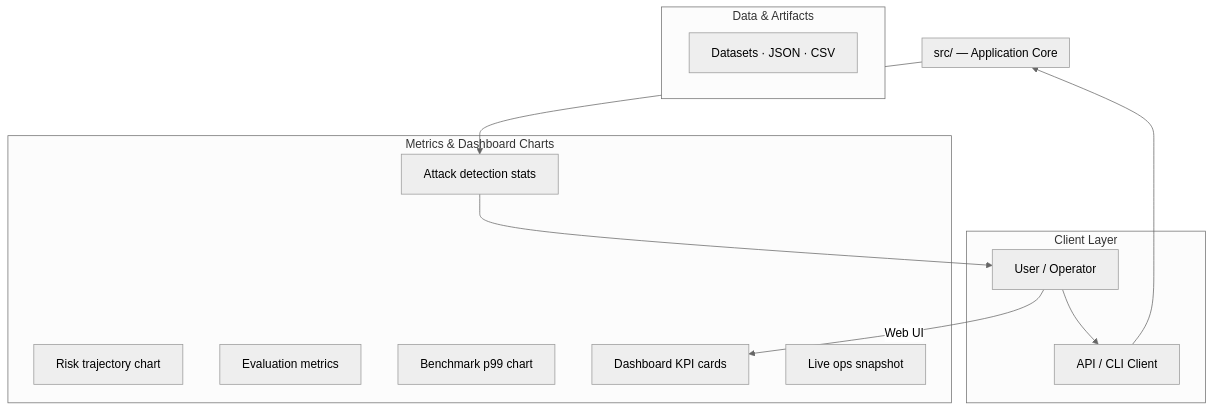
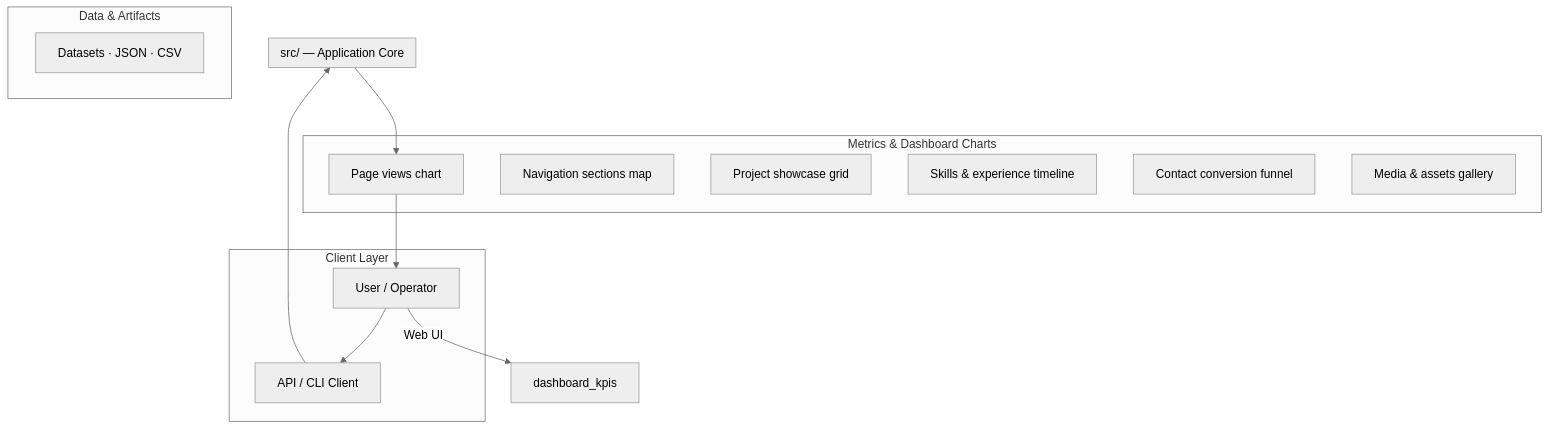
One commit to Punyamittal/porto changed the first of 4 diagrams in README.md. Above: the diagram before and after it, drawn with Mermaid (neutral theme). The commit also changed other lines of this file, not shown here.

````diff
--- a/README.md
+++ b/README.md
@@ -108,29 +137,29 @@
 ```mermaid
 graph TB
     subgraph Client["Client Layer"]
         user["User / Operator"]
         api_client["API / CLI Client"]
     end
 
     subgraph Core["src/ — Application Core"]
     end
 
     subgraph Data["Data & Artifacts"]
         datasets["Datasets · JSON · CSV"]
     end
 
     subgraph Charts["Metrics & Dashboard Charts"]
-        attack_stats["Attack detection stats"]
-        risk_trajectory["Risk trajectory chart"]
-        eval_metrics["Evaluation metrics"]
-        benchmark_p99["Benchmark p99 chart"]
-        dashboard_kpis["Dashboard KPI cards"]
-        ops_snapshot["Live ops snapshot"]
+        page_views["Page views chart"]
+        nav_sections["Navigation sections map"]
+        project_showcase["Project showcase grid"]
+        skills_timeline["Skills & experience timeline"]
+        contact_funnel["Contact conversion funnel"]
+        media_gallery["Media & assets gallery"]
     end
 
     user --> api_client
     api_client --> Core
     user -->|Web UI| dashboard_kpis
-    Core --> attack_stats
-    attack_stats --> user
+    Core --> page_views
+    page_views --> user
 ```
````
